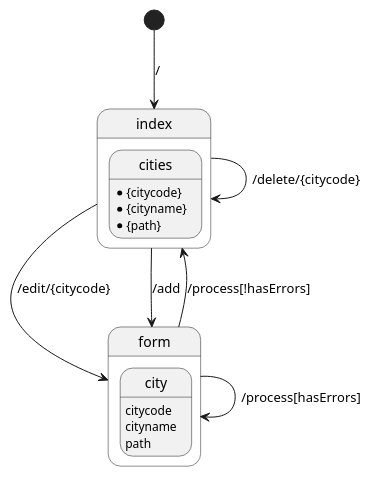
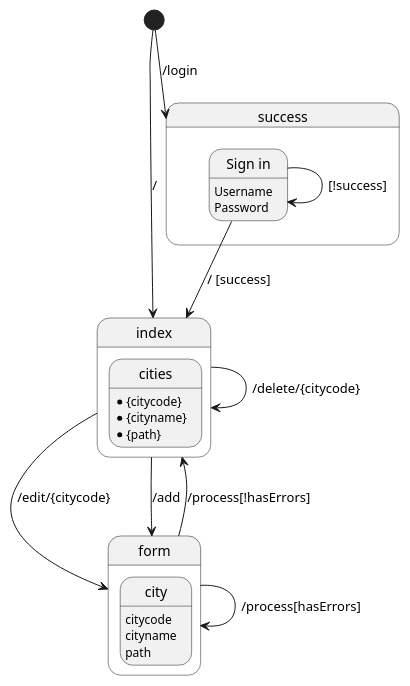
The diagram in controller.pu (yuuhayashi/task-bldg), drawn with PlantUML before and after one commit. The commit also changed 6 other files, not shown here.

```diff
--- a/controller.pu
+++ b/controller.pu
@@ -1,25 +1,34 @@
 @startuml
 
+[*] --> success : /login
 [*] --> index : /
+
+state success {
+	state "Sign in" as login
+	login : Username
+	login : Password
+}
+login --> index : / [success]
+login --> login : [!success]
 
 state index {
 	state cities
 	cities : *{citycode}
 	cities : *{cityname}
 	cities : *{path}
 }
 state form {
 	state city {
 		city : citycode
 		city : cityname
 		city : path
 	}
 }
 
 index --> index : /delete/{citycode}
 index --> form : /edit/{citycode}
 index --> form : /add
 form --> index : /process[!hasErrors]
 form --> form : /process[hasErrors]
 
 @enduml
```
